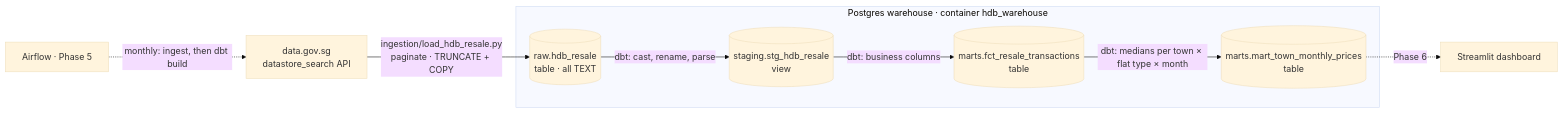
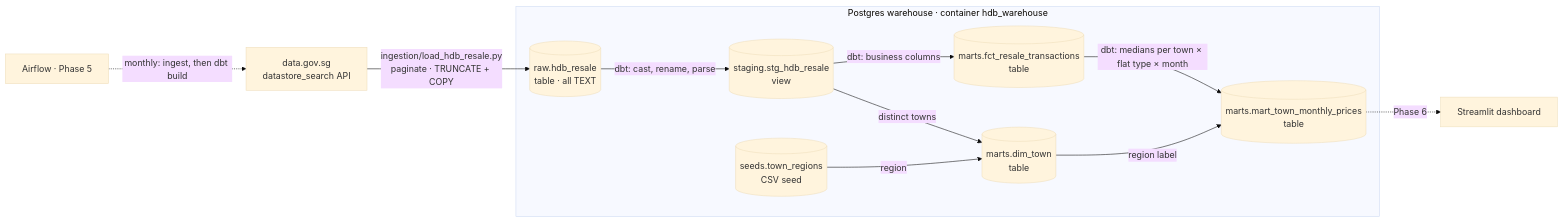
The diagram in docs/architecture.md (SokLim-Chew/hdb-resale-pipeline), drawn with Mermaid (base theme) before and after one commit. The commit also changed other lines of this file and 14 other files, not shown here.

Commit message:
Add town_regions seed, dim_town, median macro and unit tests

````diff
--- a/docs/architecture.md
+++ b/docs/architecture.md
@@ -7,19 +7,24 @@
 ```mermaid
 flowchart LR
     API[data.gov.sg<br/>datastore_search API]
 
     subgraph WH[Postgres warehouse · container hdb_warehouse]
         RAW[(raw.hdb_resale<br/>table · all TEXT)]
         STG[(staging.stg_hdb_resale<br/>view)]
         FCT[(marts.fct_resale_transactions<br/>table)]
         AGG[(marts.mart_town_monthly_prices<br/>table)]
+        SEED[(seeds.town_regions<br/>CSV seed)]
+        DIM[(marts.dim_town<br/>table)]
     end
 
     API -->|ingestion/load_hdb_resale.py<br/>paginate · TRUNCATE + COPY| RAW
     RAW -->|dbt: cast, rename, parse| STG
     STG -->|dbt: business columns| FCT
     FCT -->|dbt: medians per town × flat type × month| AGG
+    STG -->|distinct towns| DIM
+    SEED -->|region| DIM
+    DIM -->|region label| AGG
     AGG -.->|Phase 6| DASH[Streamlit dashboard]
 
     AF[Airflow · Phase 5] -.->|monthly: ingest, then dbt build| API
 ```
````
